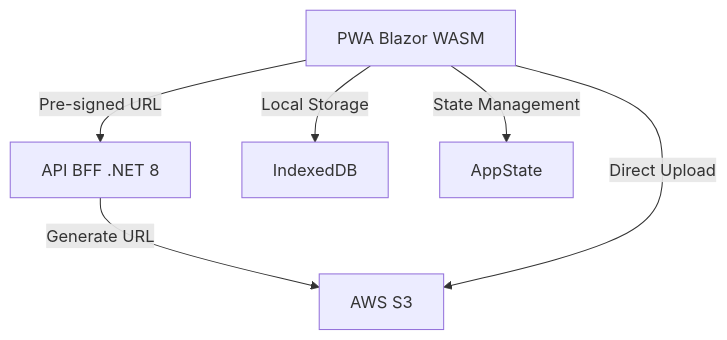
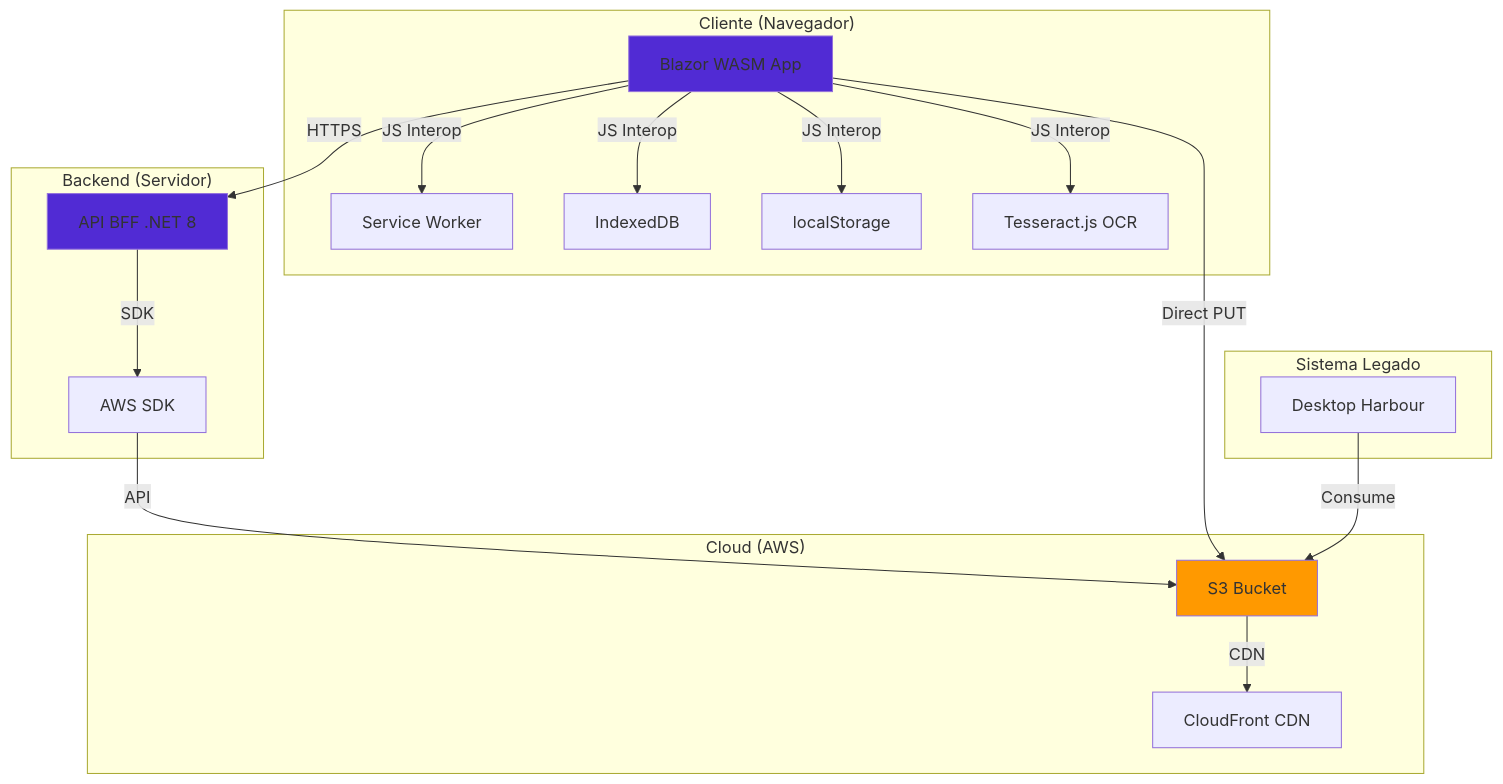
One commit to romulofcosta/AspecCaptura changed the first of 7 diagrams in docs/ARCHITECTURE.md. Above: the diagram before and after it, drawn with Mermaid. The commit also changed other lines of this file and 23 other files, not shown here.

First line of the commit message:
feat: v1.5.0 Phase 3 - S3-Centric Architecture & Auth Offline

````diff
--- a/docs/ARCHITECTURE.md
+++ b/docs/ARCHITECTURE.md
@@ -9,8 +39,39 @@
 ```mermaid
-graph TD
-    A[PWA Blazor WASM] -->|Pre-signed URL| B[API BFF .NET 8]
-    B -->|Generate URL| C[AWS S3]
-    A -->|Direct Upload| C
-    A -->|Local Storage| D[IndexedDB]
-    A -->|State Management| E[AppState]
+graph TB
+    subgraph "Cliente (Navegador)"
+        A[Blazor WASM App]
+        B[Service Worker]
+        C[IndexedDB]
+        D[localStorage]
+        E[Tesseract.js OCR]
+    end
+    
+    subgraph "Backend (Servidor)"
+        F[API BFF .NET 8]
+        G[AWS SDK]
+    end
+    
+    subgraph "Cloud (AWS)"
+        H[S3 Bucket]
+        I[CloudFront CDN]
+    end
+    
+    subgraph "Sistema Legado"
+        J[Desktop Harbour]
+    end
+    
+    A -->|JS Interop| B
+    A -->|JS Interop| C
+    A -->|JS Interop| D
+    A -->|JS Interop| E
+    A -->|HTTPS| F
+    F -->|SDK| G
+    G -->|API| H
+    H -->|CDN| I
+    A -->|Direct PUT| H
+    J -->|Consume| H
+    
+    style A fill:#512bd4
+    style F fill:#512bd4
+    style H fill:#ff9900
 ```
````
